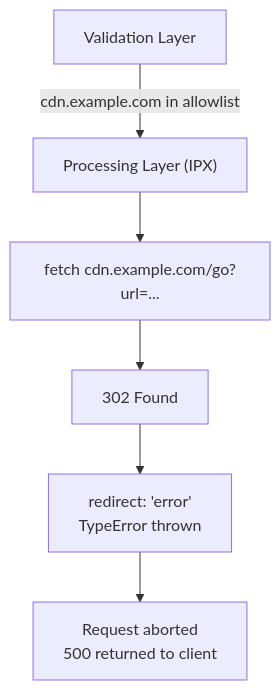
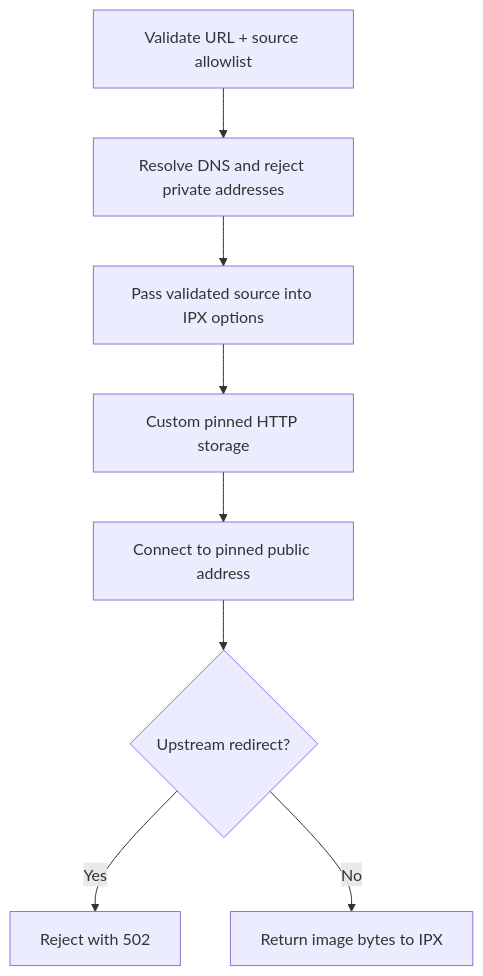
The third of 3 diagrams in apps/docs/content/docs/architecture/ssrf-prevention.mdx (EricTsai83/optstuff), drawn with Mermaid before and after one commit. The commit also changed other lines of this file and 42 other files, not shown here.

````diff
--- a/apps/docs/content/docs/architecture/ssrf-prevention.mdx
+++ b/apps/docs/content/docs/architecture/ssrf-prevention.mdx
@@ -150,8 +152,10 @@
 ```mermaid title="Redirects blocked at fetch"
 flowchart TD
-  A["Validation Layer"] -->|"cdn.example.com in allowlist"| B["Processing Layer (IPX)"]
-  B --> C["fetch cdn.example.com/go?url=..."]
-  C --> D["302 Found"]
-  D --> E["redirect: 'error'\nTypeError thrown"]
-  E --> F["Request aborted\n500 returned to client"]
+  A["Validate URL + source allowlist"] --> B["Resolve DNS and reject private addresses"]
+  B --> C["Pass validated source into IPX options"]
+  C --> D["Custom pinned HTTP storage"]
+  D --> E["Connect to pinned public address"]
+  E --> F{"Upstream redirect?"}
+  F -->|"Yes"| G["Reject with 502"]
+  F -->|"No"| H["Return image bytes to IPX"]
 ```
````
